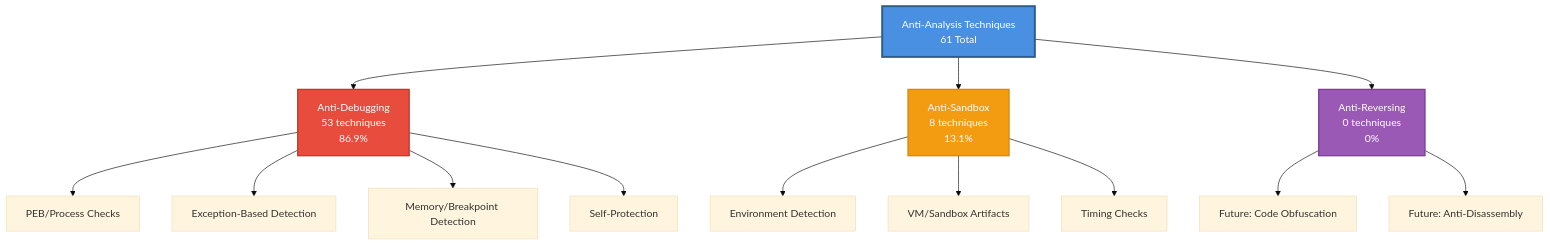
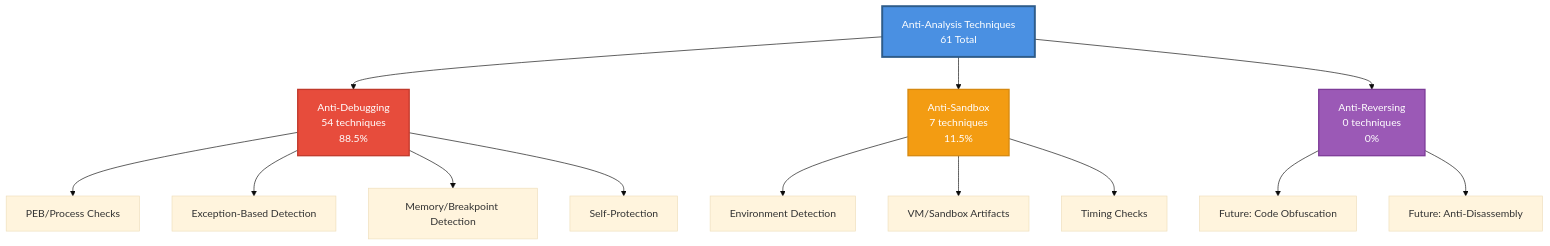
One commit to mabj/anti changed the diagram in README.md. Above: the diagram before and after it, drawn with Mermaid (base theme). The commit also changed other lines of this file and 11 other files, not shown here.

````diff
--- a/README.md
+++ b/README.md
@@ -69,23 +69,23 @@
 ```mermaid
 graph TB
-    A[Anti-Analysis Techniques<br/>61 Total] --> B[Anti-Debugging<br/>53 techniques<br/>86.9%]
-    A --> C[Anti-Sandbox<br/>8 techniques<br/>13.1%]
+    A[Anti-Analysis Techniques<br/>61 Total] --> B[Anti-Debugging<br/>54 techniques<br/>88.5%]
+    A --> C[Anti-Sandbox<br/>7 techniques<br/>11.5%]
     A --> D[Anti-Reversing<br/>0 techniques<br/>0%]
 
     B --> B1[PEB/Process Checks]
     B --> B2[Exception-Based Detection]
     B --> B3[Memory/Breakpoint Detection]
     B --> B4[Self-Protection]
 
     C --> C1[Environment Detection]
     C --> C2[VM/Sandbox Artifacts]
     C --> C3[Timing Checks]
 
     D --> D1[Future: Code Obfuscation]
     D --> D2[Future: Anti-Disassembly]
 
     style A fill:#4A90E2,stroke:#2E5C8A,stroke-width:3px,color:#fff
     style B fill:#E74C3C,stroke:#C0392B,stroke-width:2px,color:#fff
     style C fill:#F39C12,stroke:#D68910,stroke-width:2px,color:#fff
     style D fill:#9B59B6,stroke:#7D3C98,stroke-width:2px,color:#fff
 ```
````
